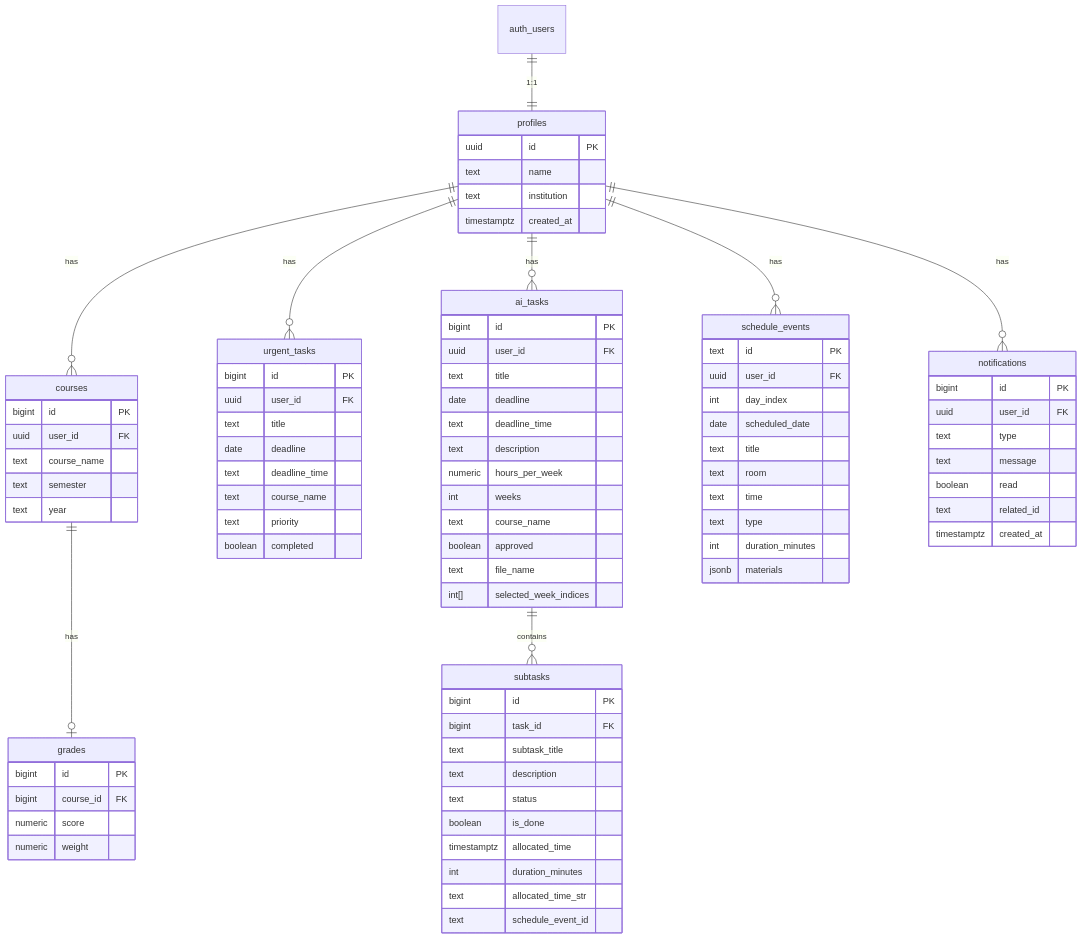
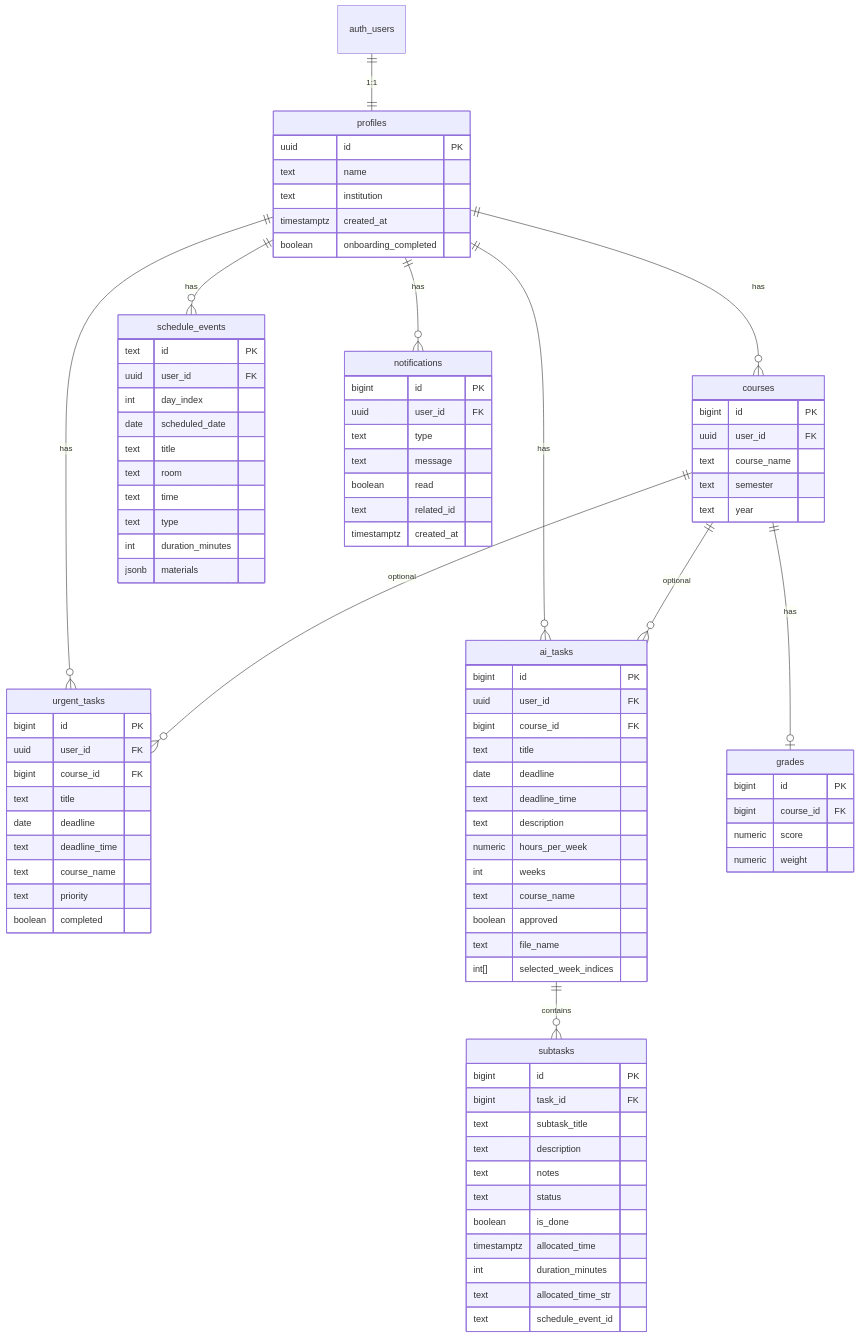
The diagram in docs/ERD.md (estersahno1/lazy), drawn with Mermaid before and after one commit. The commit also changed other lines of this file and 3 other files, not shown here.

```diff
--- a/docs/ERD.md
+++ b/docs/ERD.md
@@ -13,6 +13,8 @@
     profiles ||--o{ schedule_events : "has"
     profiles ||--o{ notifications : "has"
     courses ||--o| grades : "has"
+    courses ||--o{ urgent_tasks : "optional"
+    courses ||--o{ ai_tasks : "optional"
     ai_tasks ||--o{ subtasks : "contains"
 
     profiles {
@@ -20,6 +22,7 @@
         text name
         text institution
         timestamptz created_at
+        boolean onboarding_completed
     }
 
     courses {
@@ -40,6 +43,7 @@
     urgent_tasks {
         bigint id PK
         uuid user_id FK
+        bigint course_id FK
         text title
         date deadline
         text deadline_time
@@ -51,6 +55,7 @@
     ai_tasks {
         bigint id PK
         uuid user_id FK
+        bigint course_id FK
         text title
         date deadline
         text deadline_time
@@ -68,6 +73,7 @@
         bigint task_id FK
         text subtask_title
         text description
+        text notes
         text status
         boolean is_done
         timestamptz allocated_time
```
